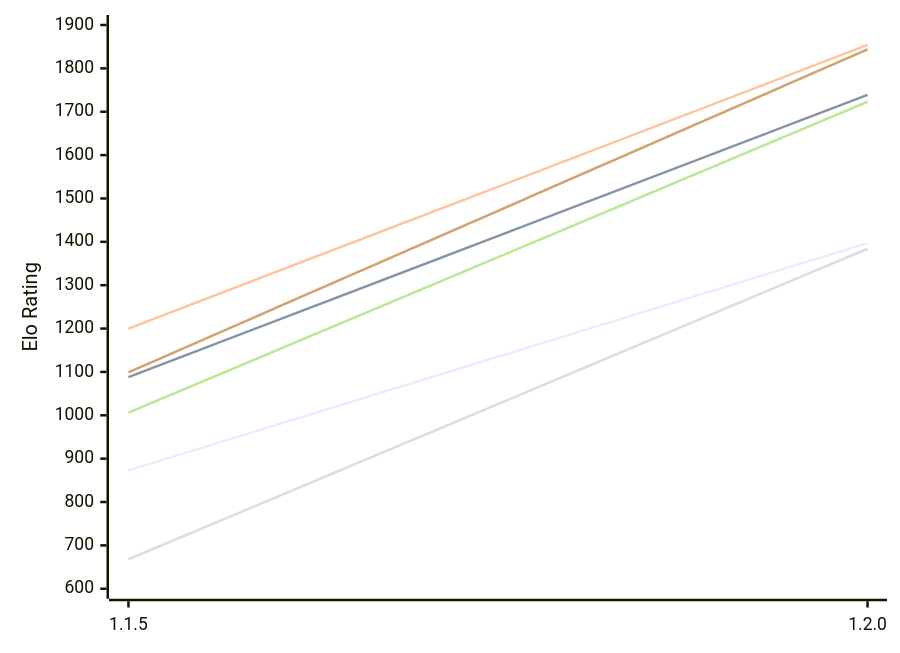
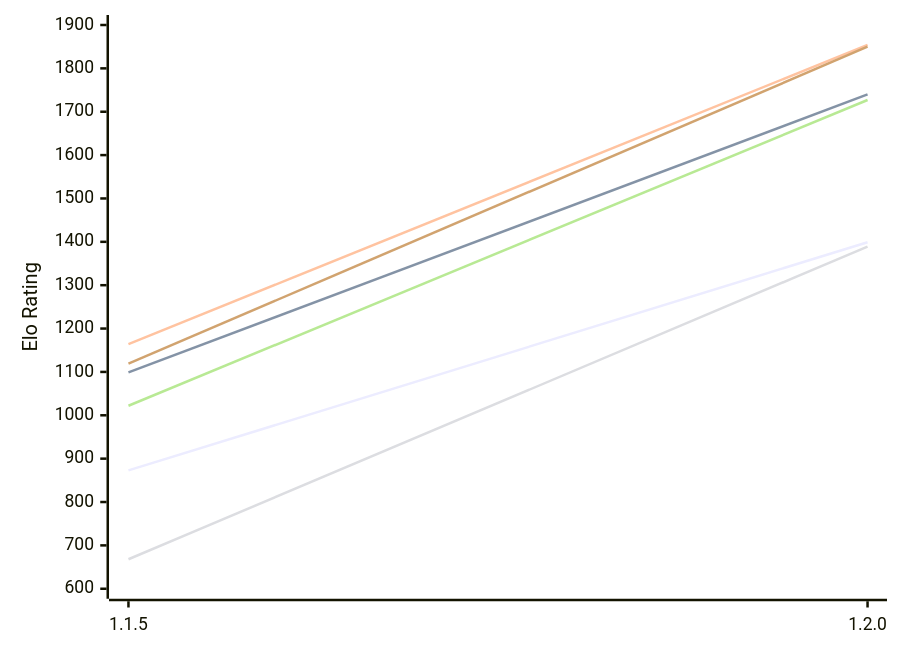
Before and after one commit to computer-chess-index/cci: the first of 2 diagrams in engines/ChessCore.md, drawn with Mermaid. The commit also changed other lines of this file, not shown here.

Commit message:
Update CCI Ratings (ELO VLTC) - 2026-11-25

````diff
--- a/engines/ChessCore.md
+++ b/engines/ChessCore.md
@@ -53,12 +53,12 @@
 ```mermaid
 %%{init: {"theme":"base","themeVariables":{"seriesColors:['#a3a3a3','#222221','#faa371']}}}%%
 xychart-beta
   x-axis ["1.1.5", "1.2.0"]
   y-axis "Elo Rating" 600 --> 1900
-  line "E1: STC (8.0+0.08s)" [873, 1397]
-  line "E1: LTC (60.0+0.60s)" [1088, 1739]
-  line "E1: VLTC (2m24s+1.12s)" [1200, 1854]
-  line "P1: STC (8.0+0.08s)" [668, 1384]
-  line "P1: LTC (60.0+0.60s)" [1006, 1723]
-  line "P1: VLTC (2m24s+1.12s)" [1099, 1844]
+  line "E1: STC (8.0+0.08s)" [873, 1399]
+  line "E1: LTC (60.0+0.60s)" [1099, 1740]
+  line "E1: VLTC (2m24s+1.12s)" [1164, 1854]
+  line "P1: STC (8.0+0.08s)" [668, 1389]
+  line "P1: LTC (60.0+0.60s)" [1022, 1727]
+  line "P1: VLTC (2m24s+1.12s)" [1119, 1850]
 ```
````
